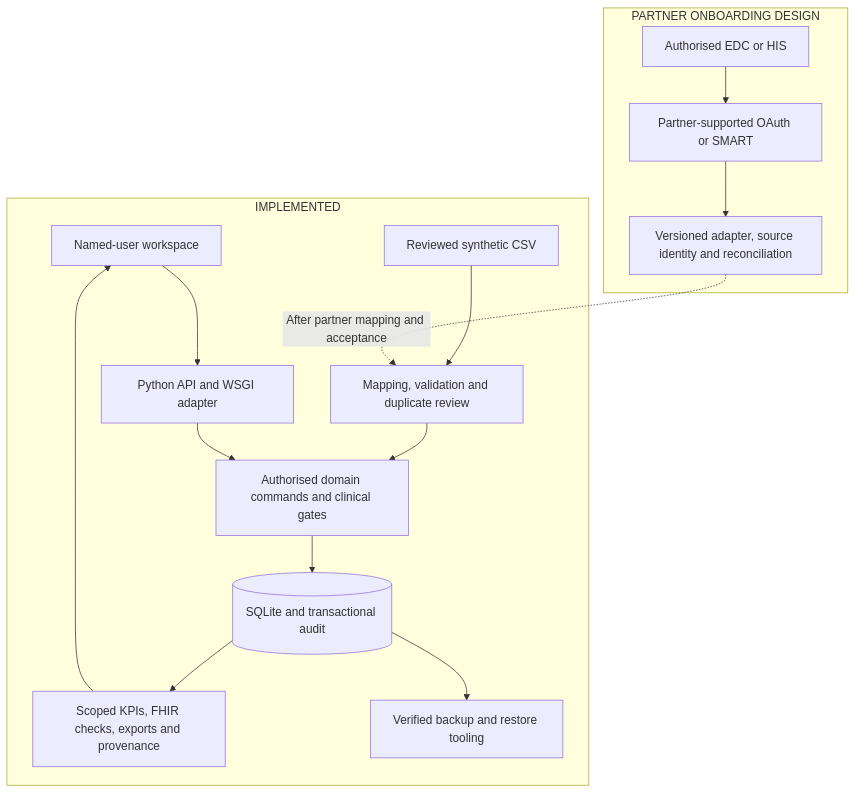
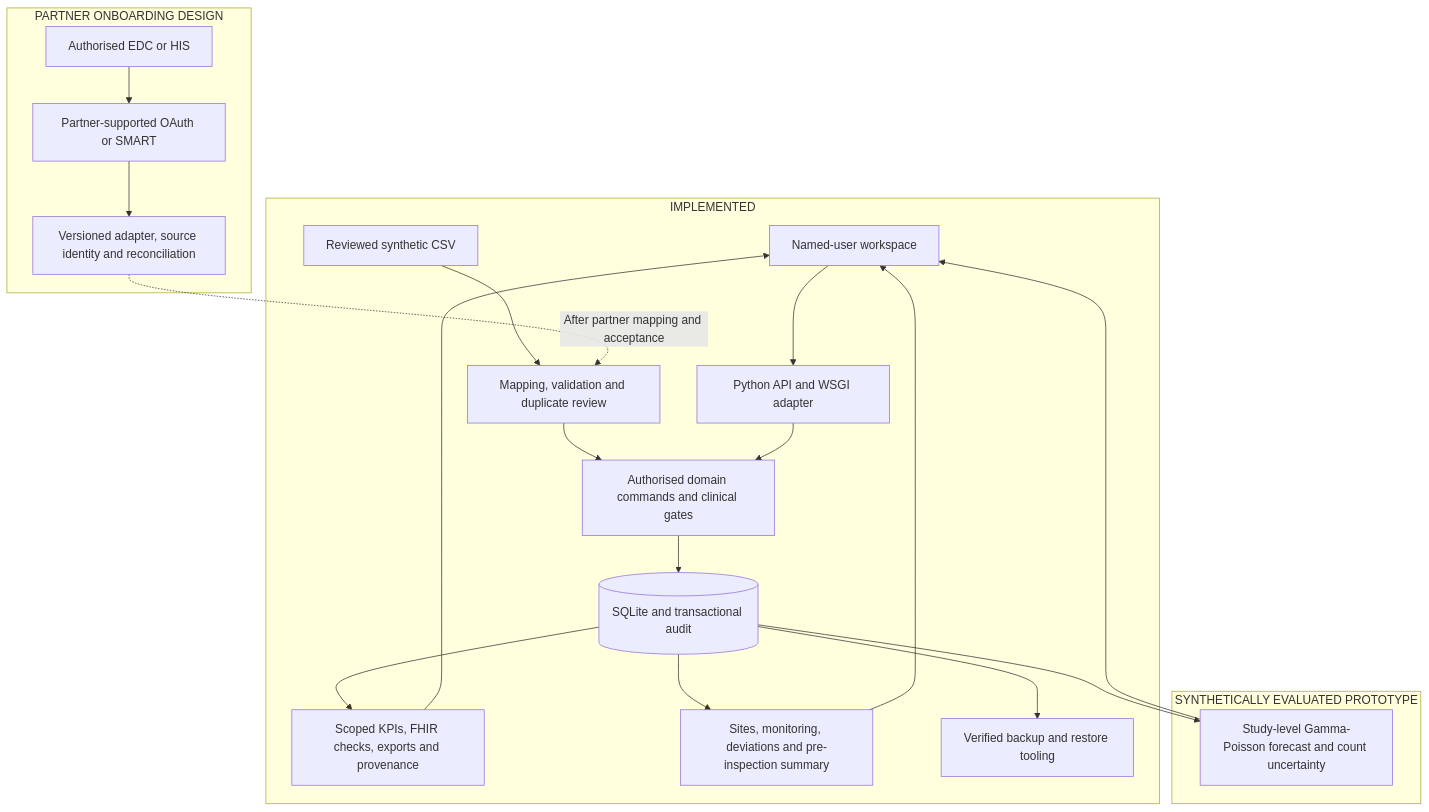
Before and after one commit to OMGP1/Anvyaya_2026: the diagram in docs/PRESENTATION_CONTENT.md, drawn with Mermaid. The commit also changed other lines of this file and 26 other files, not shown here.

Commit message:
feat: add study operations and evaluated enrolment forecasts

````diff
--- a/docs/PRESENTATION_CONTENT.md
+++ b/docs/PRESENTATION_CONTENT.md
@@ -126,18 +126,25 @@
 ```mermaid
 flowchart TB
     subgraph Built[IMPLEMENTED]
         UI[Named-user workspace] --> API[Python API and WSGI adapter]
         CSV[Reviewed synthetic CSV] --> Stage[Mapping, validation and duplicate review]
         Stage --> Commands[Authorised domain commands and clinical gates]
         API --> Commands
         Commands --> DB[(SQLite and transactional audit)]
         DB --> Outputs[Scoped KPIs, FHIR checks, exports and provenance]
+        DB --> Operations[Sites, monitoring, deviations and pre-inspection summary]
+        Operations --> UI
         DB --> Recovery[Verified backup and restore tooling]
         Outputs --> UI
     end
+    subgraph Analytics[SYNTHETICALLY EVALUATED PROTOTYPE]
+        Forecast[Study-level Gamma-Poisson forecast and count uncertainty]
+    end
+    DB --> Forecast
+    Forecast --> UI
     subgraph Partner[PARTNER ONBOARDING DESIGN]
         EDC[Authorised EDC or HIS] --> Auth[Partner-supported OAuth or SMART]
         Auth --> Adapter[Versioned adapter, source identity and reconciliation]
     end
     Adapter -.->|After partner mapping and acceptance| Stage
 ```
````
